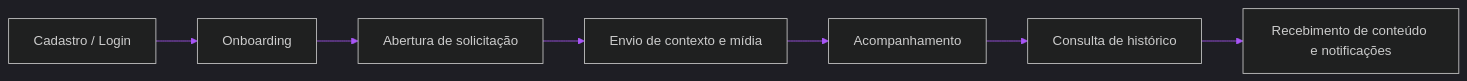
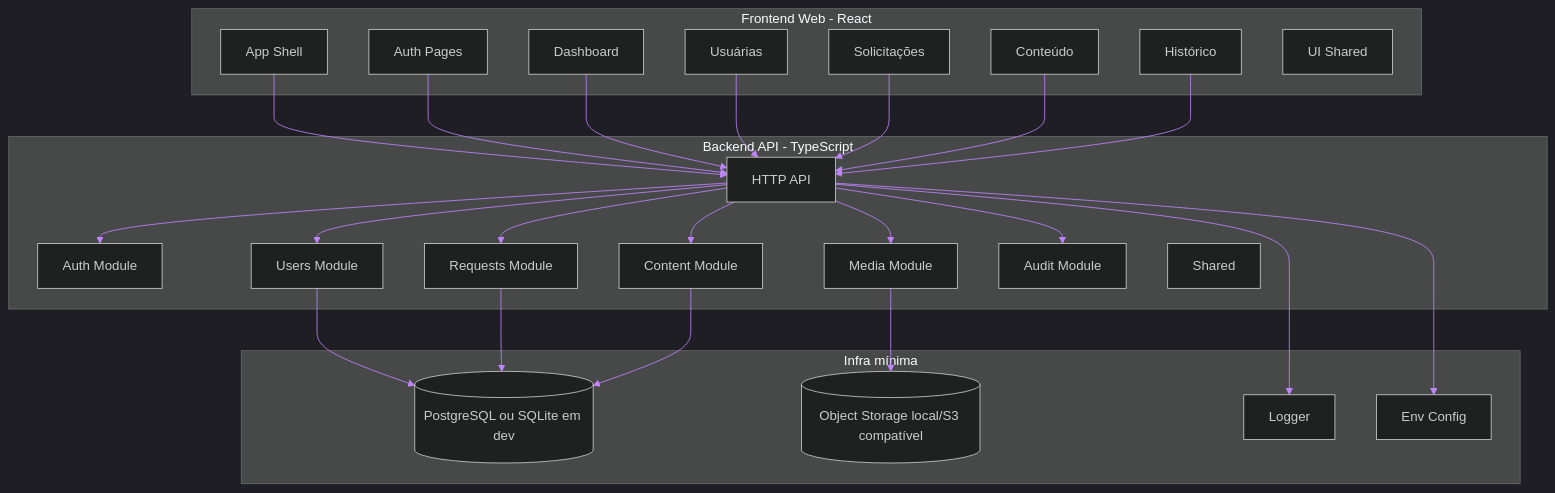
Before and after one commit to NickDevHolz/Terra-Conecta: the fourth of 11 diagrams in Terra Conecta — Proposta Institucional, Comercial e Técnica.md, drawn with Mermaid. The commit also changed other lines of this file, not shown here.

````diff
--- a/Terra Conecta — Proposta Institucional, Comercial e Técnica.md
+++ b/Terra Conecta — Proposta Institucional, Comercial e Técnica.md
@@ -437,20 +369,62 @@
 ```mermaid
 %%{init: {
 'theme':'dark',
 'themeVariables':{
 'background':'#020617',
-'primaryColor':'#06b6d4',
+'primaryColor':'#22d3ee',
 'primaryTextColor':'#f8fafc',
-'primaryBorderColor':'#22c55e',
-'lineColor':'#a855f7',
+'primaryBorderColor':'#39ff14',
+'lineColor':'#c084fc',
 'secondaryColor':'#0f172a',
 'tertiaryColor':'#111827'
 }}}%%
-flowchart LR
-A[Cadastro / Login] --> B[Onboarding]
-B --> C[Abertura de solicitação]
-C --> D[Envio de contexto e mídia]
-D --> E[Acompanhamento]
-E --> F[Consulta de histórico]
-F --> G[Recebimento de conteúdo e notificações]
+flowchart TB
+subgraph Frontend[Frontend Web - React]
+A[App Shell]
+B[Auth Pages]
+C[Dashboard]
+D[Usuárias]
+E[Solicitações]
+F[Conteúdo]
+G[Histórico]
+H[UI Shared]
+end
+
+subgraph Backend[Backend API - TypeScript]
+I[HTTP API]
+J[Auth Module]
+K[Users Module]
+L[Requests Module]
+M[Content Module]
+N[Media Module]
+O[Audit Module]
+P[Shared]
+end
+
+subgraph Infra[Infra mínima]
+Q[(PostgreSQL ou SQLite em dev)]
+R[(Object Storage local/S3 compatível)]
+S[Logger]
+T[Env Config]
+end
+
+A --> I
+B --> I
+C --> I
+D --> I
+E --> I
+F --> I
+G --> I
+I --> J
+I --> K
+I --> L
+I --> M
+I --> N
+I --> O
+K --> Q
+L --> Q
+M --> Q
+N --> R
+I --> S
+I --> T
 ```
````
